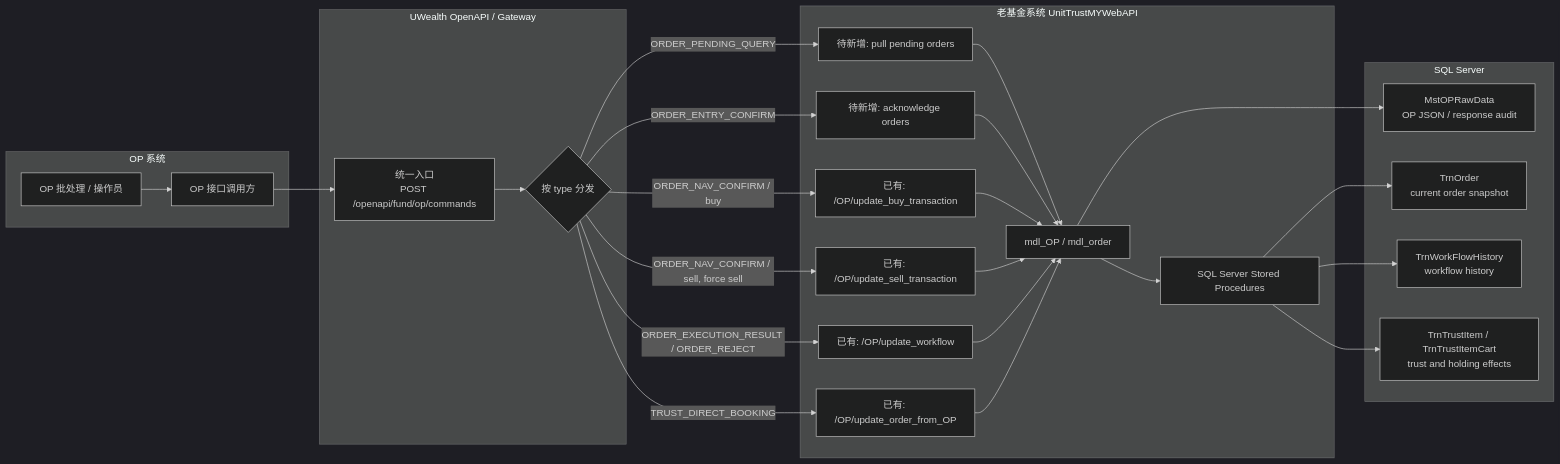
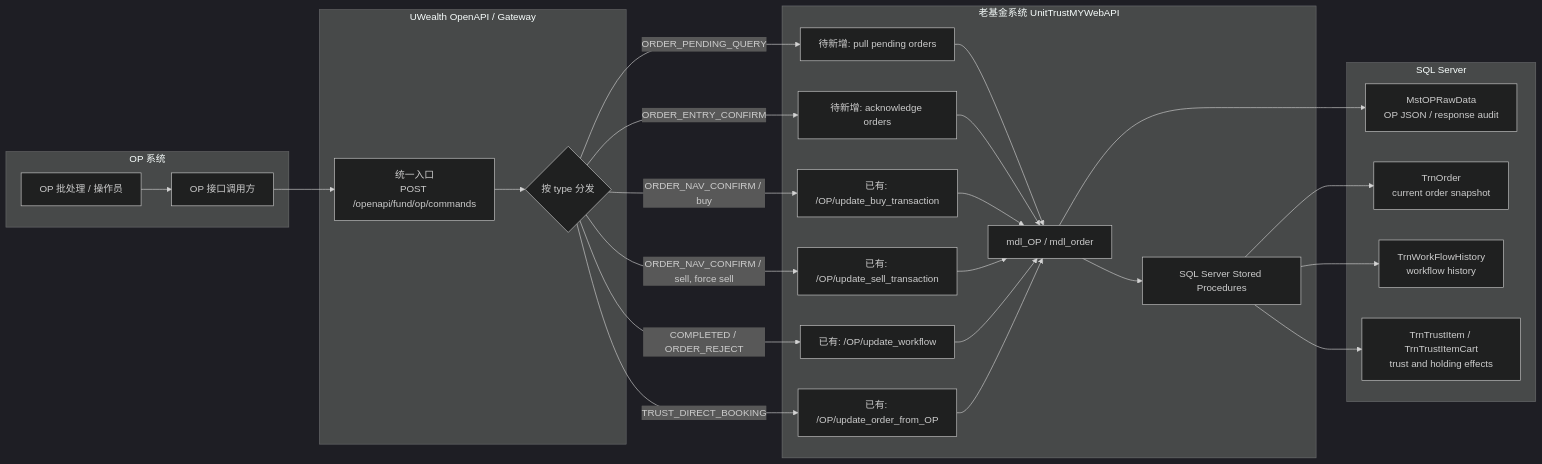
One commit to J-summit/uw2-- changed the first of 4 diagrams in op/v1/OP对接UWealth统一接口流程图.md. Above: the diagram before and after it, drawn with Mermaid (dark theme). The commit also changed other lines of this file and 2 other files, not shown here.

Commit message:
Align OP docs with completed command

````diff
--- a/op/v1/OP对接UWealth统一接口流程图.md
+++ b/op/v1/OP对接UWealth统一接口流程图.md
@@ -26,52 +26,52 @@
 ```mermaid
 flowchart LR
     subgraph OP["OP 系统"]
         OPJOB["OP 批处理 / 操作员"]
         OPAPI["OP 接口调用方"]
     end
 
     subgraph UWAPI["UWealth OpenAPI / Gateway"]
         ENTRY["统一入口<br/>POST /openapi/fund/op/commands"]
         ROUTER{"按 type 分发"}
     end
 
     subgraph LEGACY["老基金系统 UnitTrustMYWebAPI"]
         PULL["待新增: pull pending orders"]
         ACK["待新增: acknowledge orders"]
         BUY["已有: /OP/update_buy_transaction"]
         SELL["已有: /OP/update_sell_transaction"]
         WF["已有: /OP/update_workflow"]
         FROMOP["已有: /OP/update_order_from_OP"]
         MODEL["mdl_OP / mdl_order"]
         SP["SQL Server Stored Procedures"]
     end
 
     subgraph DB["SQL Server"]
         RAW["MstOPRawData<br/>OP JSON / response audit"]
         ORD["TrnOrder<br/>current order snapshot"]
         HIST["TrnWorkFlowHistory<br/>workflow history"]
         TRUST["TrnTrustItem / TrnTrustItemCart<br/>trust and holding effects"]
     end
 
     OPJOB --> OPAPI
     OPAPI --> ENTRY
     ENTRY --> ROUTER
     ROUTER -->|"ORDER_PENDING_QUERY"| PULL
     ROUTER -->|"ORDER_ENTRY_CONFIRM"| ACK
     ROUTER -->|"ORDER_NAV_CONFIRM / buy"| BUY
     ROUTER -->|"ORDER_NAV_CONFIRM / sell, force sell"| SELL
-    ROUTER -->|"ORDER_EXECUTION_RESULT / ORDER_REJECT"| WF
+    ROUTER -->|"COMPLETED / ORDER_REJECT"| WF
     ROUTER -->|"TRUST_DIRECT_BOOKING"| FROMOP
 
     PULL --> MODEL
     ACK --> MODEL
     BUY --> MODEL
     SELL --> MODEL
     WF --> MODEL
     FROMOP --> MODEL
     MODEL --> RAW
     MODEL --> SP
     SP --> ORD
     SP --> HIST
     SP --> TRUST
 ```
````
